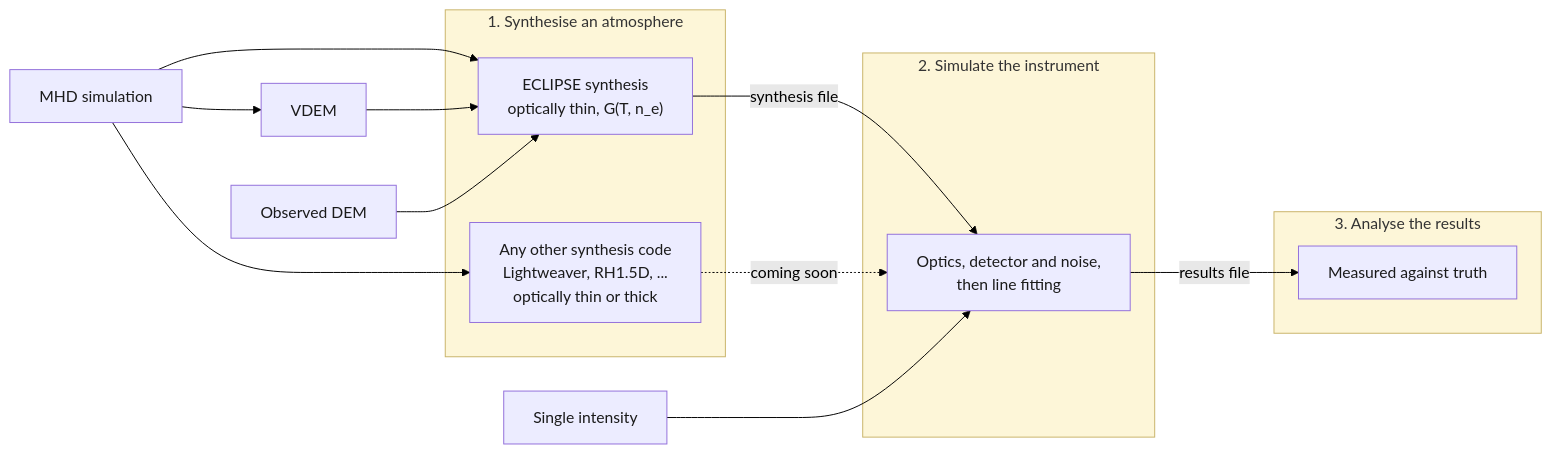
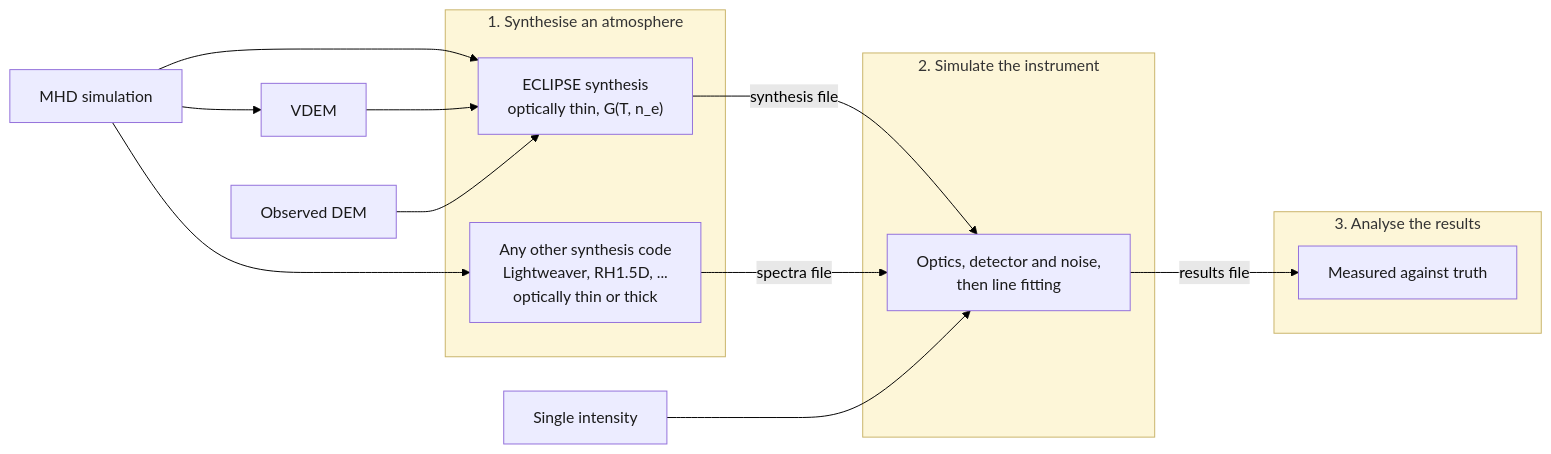
The diagram in docs/index.md (jamesmckevitt/eclipse), drawn with Mermaid (forest theme) before and after one commit. The commit also changed other lines of this file and 10 other files, not shown here.

````diff
--- a/docs/index.md
+++ b/docs/index.md
@@ -18,37 +18,37 @@
 ```mermaid
 flowchart LR
     MHD["MHD simulation"]
     DEM["Observed DEM"]
     UNI["Single intensity"]
 
     MHD --> VDEM["VDEM"]
 
     subgraph SYN["1. Synthesise an atmosphere"]
         ECL["ECLIPSE synthesis<br>optically thin, G(T, n_e)"]
         EXT["Any other synthesis code<br>Lightweaver, RH1.5D, ...<br>optically thin or thick"]
     end
 
     subgraph SIM["2. Simulate the instrument"]
         INS["Optics, detector and noise,<br>then line fitting"]
     end
 
     subgraph ANL["3. Analyse the results"]
         ANA["Measured against truth"]
     end
 
     MHD --> ECL
     MHD --> EXT
     VDEM --> ECL
     DEM --> ECL
 
     ECL -- "synthesis file" --> INS
-    EXT -. "coming soon" .-> INS
+    EXT -- "spectra file" --> INS
     UNI --> INS
     INS -- "results file" --> ANA
 
     classDef node fill:#ECECFF,fill-opacity:1,stroke:#9370DB,stroke-opacity:1,color:#1a1a1a;
     class MHD,DEM,UNI,VDEM,ECL,EXT,INS,ANA node
     style SYN fill:#fdf6d8,fill-opacity:1,stroke:#c9b46a
     style SIM fill:#fdf6d8,fill-opacity:1,stroke:#c9b46a
     style ANL fill:#fdf6d8,fill-opacity:1,stroke:#c9b46a
 ```
````
